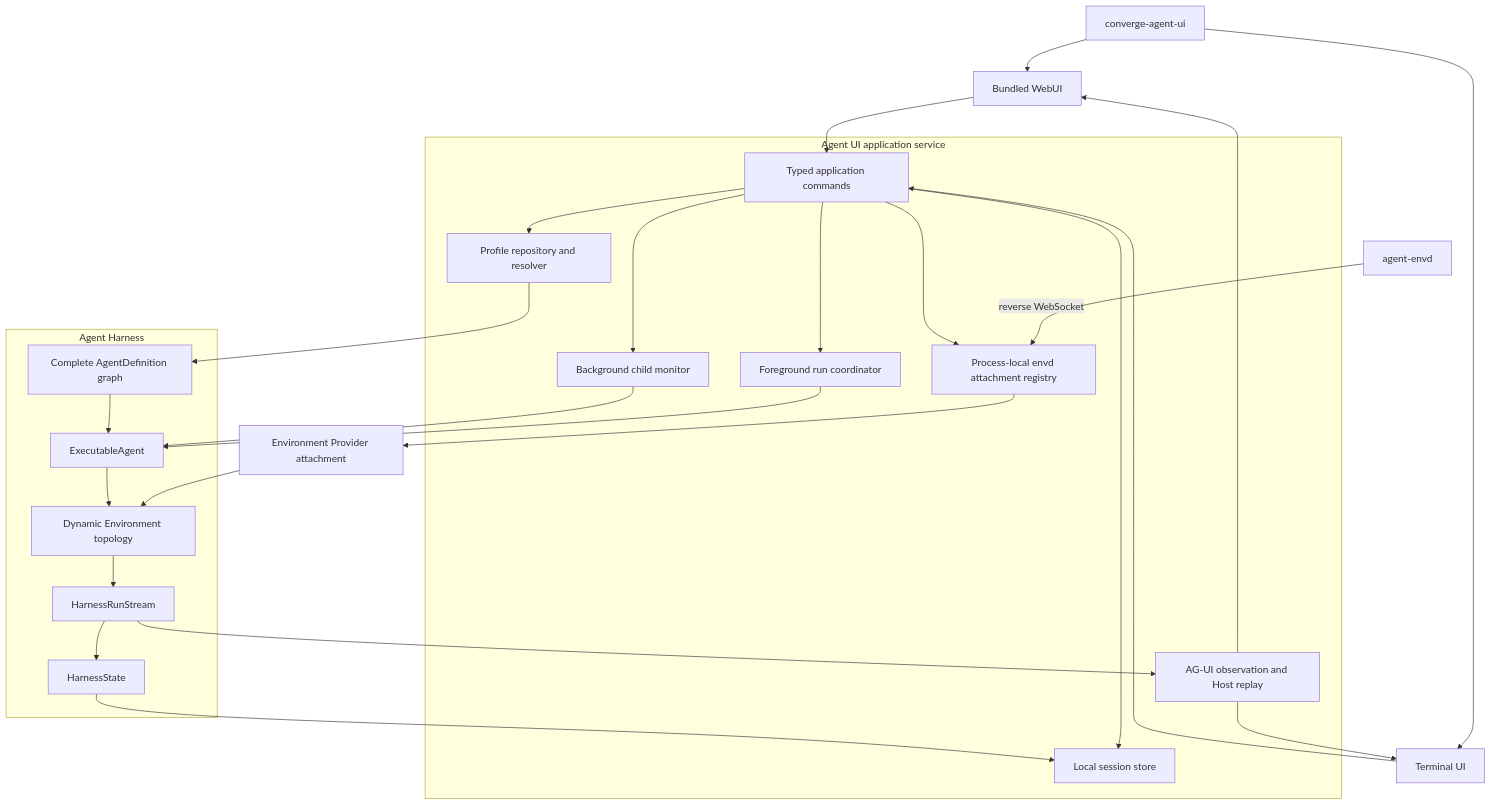
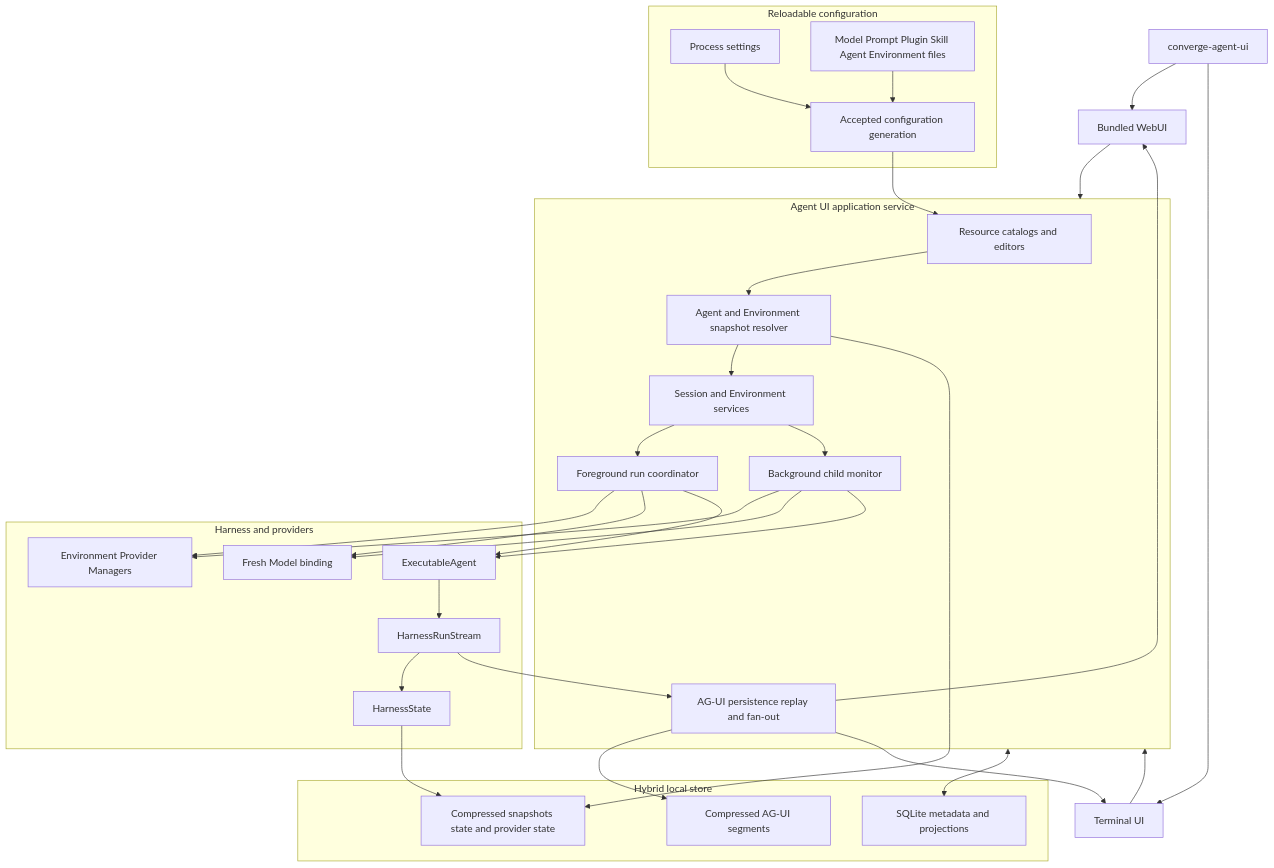
One commit to LTThreeComma/agent-foundation changed the second of 3 diagrams in spec/agent-ui/00-overview.md. Above: the diagram before and after it, drawn with Mermaid. The commit also changed other lines of this file and 30 other files, not shown here.

First line of the commit message:
docs(agent-ui): define local composition and persistence model

````diff
--- a/spec/agent-ui/00-overview.md
+++ b/spec/agent-ui/00-overview.md
@@ -36,37 +68,51 @@
 ```mermaid
 flowchart TB
     CLI[converge-agent-ui]
     Web[Bundled WebUI]
     TUI[Terminal UI]
 
-    subgraph Host[Agent UI application service]
-        Commands[Typed application commands]
-        Profiles[Profile repository and resolver]
-        Sessions[Local session store]
+    subgraph Configuration[Reloadable configuration]
+        Settings[Process settings]
+        Definitions[Model Prompt Plugin Skill Agent Environment files]
+        Generation[Accepted configuration generation]
+    end
+
+    subgraph App[Agent UI application service]
+        Catalogs[Resource catalogs and editors]
+        Resolver[Agent and Environment snapshot resolver]
+        Sessions[Session and Environment services]
         Runs[Foreground run coordinator]
         Jobs[Background child monitor]
-        Attachments[Process-local envd attachment registry]
-        Projection[AG-UI observation and Host replay]
+        Events[AG-UI persistence replay and fan-out]
     end
 
-    subgraph Runtime[Agent Harness]
-        Definition[Complete AgentDefinition graph]
+    subgraph Store[Hybrid local store]
+        DB[SQLite metadata and projections]
+        Objects[Compressed snapshots state and provider state]
+        Segments[Compressed AG-UI segments]
+    end
+
+    subgraph Runtime[Harness and providers]
+        Provider[Environment Provider Managers]
+        Model[Fresh Model binding]
         Executable[ExecutableAgent]
-        Environment[Dynamic Environment topology]
         Stream[HarnessRunStream]
         State[HarnessState]
     end
 
-    ProviderPackage[Environment Provider attachment]
-    Envd[agent-envd] -->|reverse WebSocket| Attachments
-    Attachments --> ProviderPackage --> Environment
+    Settings & Definitions --> Generation --> Catalogs
     CLI --> Web
     CLI --> TUI
-    Web & TUI --> Commands
-    Commands --> Profiles & Sessions & Runs & Jobs & Attachments
-    Profiles --> Definition --> Executable
-    Runs & Jobs --> Executable --> Environment --> Stream --> State
-    Stream --> Projection
-    Projection --> Web & TUI
-    State --> Sessions
+    Web & TUI --> App
+    Catalogs --> Resolver
+    Resolver --> Sessions
+    Sessions --> Runs & Jobs
+    App <--> DB
+    Resolver --> Objects
+    Runs & Jobs --> Provider
+    Runs & Jobs --> Model
+    Runs & Jobs --> Executable --> Stream --> State
+    State --> Objects
+    Stream --> Events --> Segments
+    Events --> Web & TUI
 ```
````
